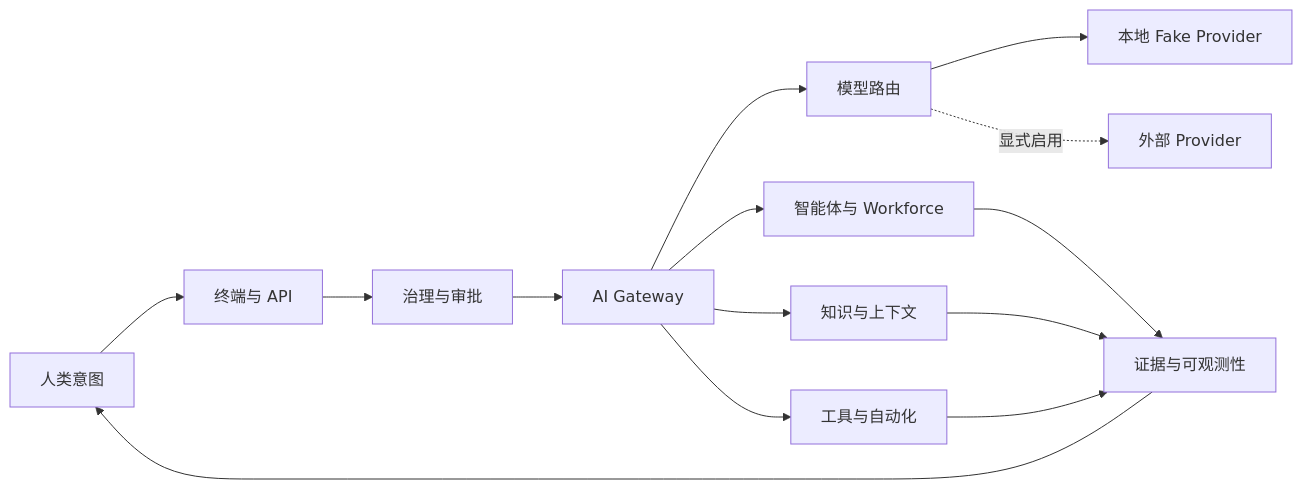
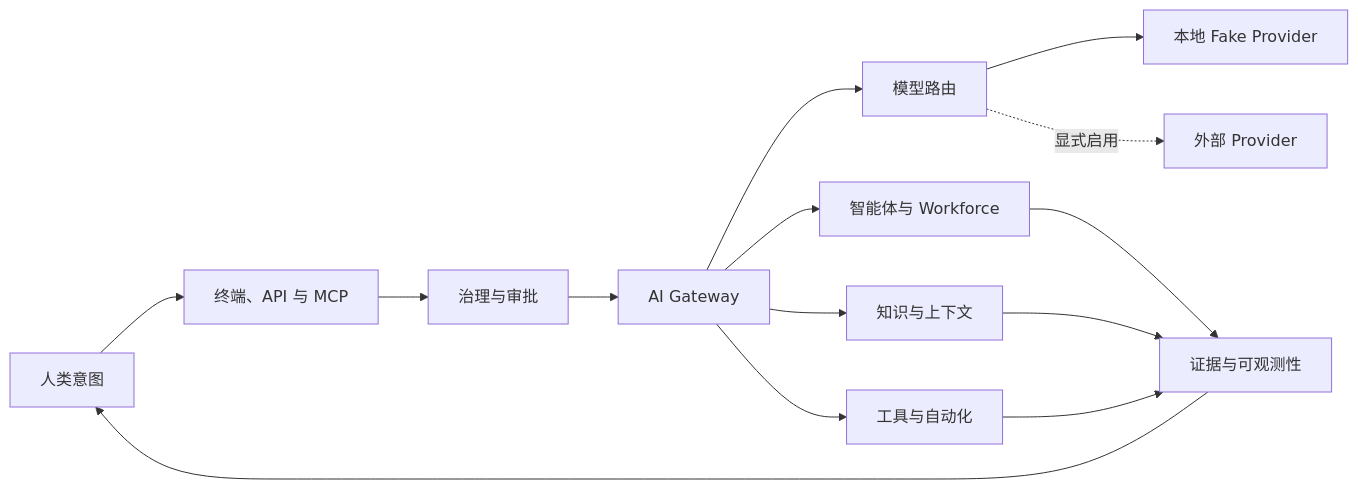
One commit to happy520ai/unified-ai-system changed the diagram in README.zh-CN.md. Above: the diagram before and after it, drawn with Mermaid. The commit also changed other lines of this file and 23 other files, not shown here.

````diff
--- a/README.zh-CN.md
+++ b/README.zh-CN.md
@@ -163,16 +180,16 @@
 ```mermaid
 flowchart LR
-    H["人类意图"] --> W["终端与 API"]
+    H["人类意图"] --> W["终端、API 与 MCP"]
     W --> G["治理与审批"]
     G --> R["AI Gateway"]
     R --> M["模型路由"]
     R --> A["智能体与 Workforce"]
     R --> K["知识与上下文"]
     R --> T["工具与自动化"]
     M --> L["本地 Fake Provider"]
     M -. "显式启用" .-> P["外部 Provider"]
     A --> E["证据与可观测性"]
     K --> E
     T --> E
     E --> H
 ```
````
